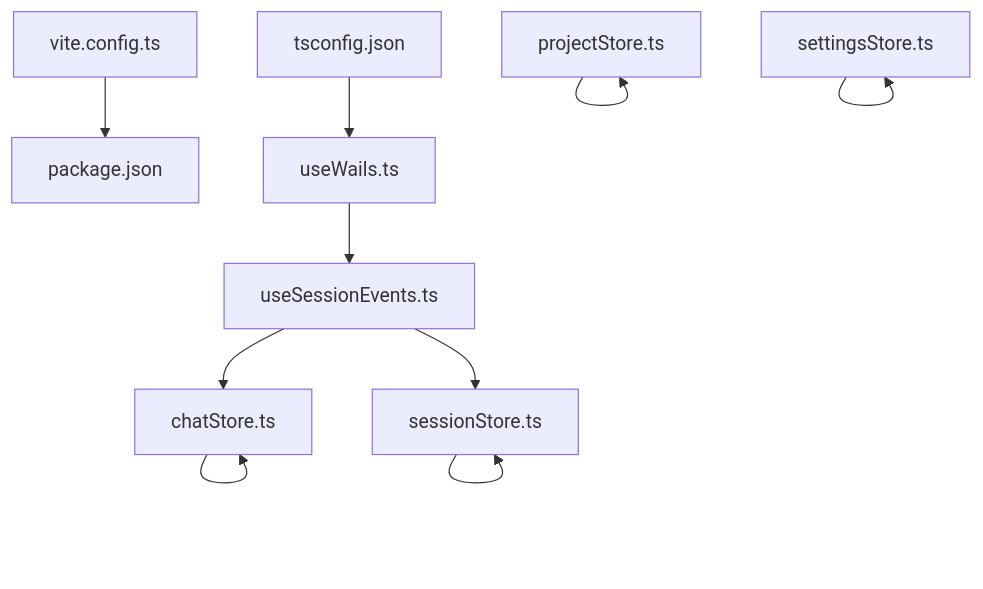
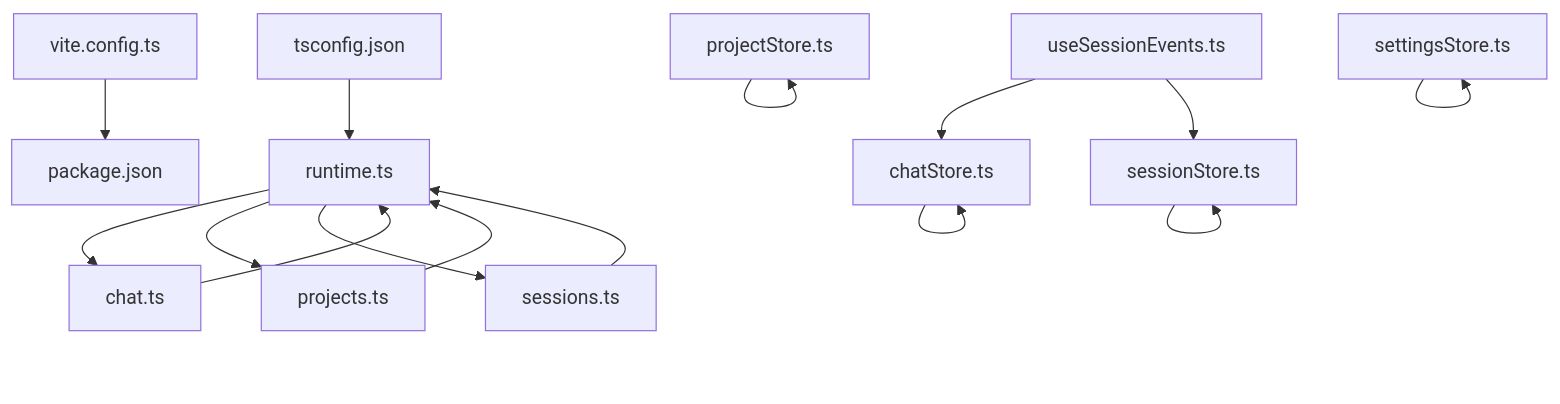
One commit to v0lka/c0wrk changed the seventh of 7 diagrams in .qoder/repowiki/en/content/Architecture/Frontend Application Architecture.md. Above: the diagram before and after it, drawn with Mermaid. The commit also changed other lines of this file and 13 other files, not shown here.

````diff
--- a/.qoder/repowiki/en/content/Architecture/Frontend Application Architecture.md
+++ b/.qoder/repowiki/en/content/Architecture/Frontend Application Architecture.md
@@ -390,21 +424,29 @@
 ```mermaid
 graph TB
 VCFG["vite.config.ts"]
 PKG["package.json"]
 TSC["tsconfig.json"]
-UWL["useWails.ts"]
+RT["runtime.ts"]
+CHAT["chat.ts"]
+PROJ["projects.ts"]
+SESS["sessions.ts"]
 USE["useSessionEvents.ts"]
 CS["chatStore.ts"]
 SS["sessionStore.ts"]
 PS["projectStore.ts"]
 SETS["settingsStore.ts"]
 VCFG --> PKG
-TSC --> UWL
-UWL --> USE
+TSC --> RT
+RT --> CHAT
+RT --> PROJ
+RT --> SESS
 USE --> CS
 USE --> SS
+CHAT --> RT
+PROJ --> RT
+SESS --> RT
 CS --> CS
 SS --> SS
 PS --> PS
 SETS --> SETS
 ```
````
